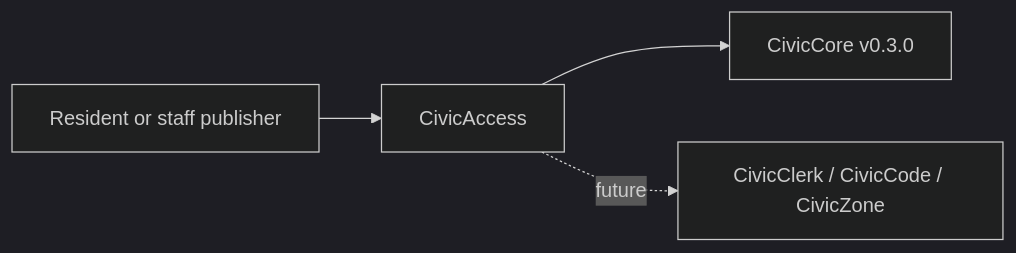
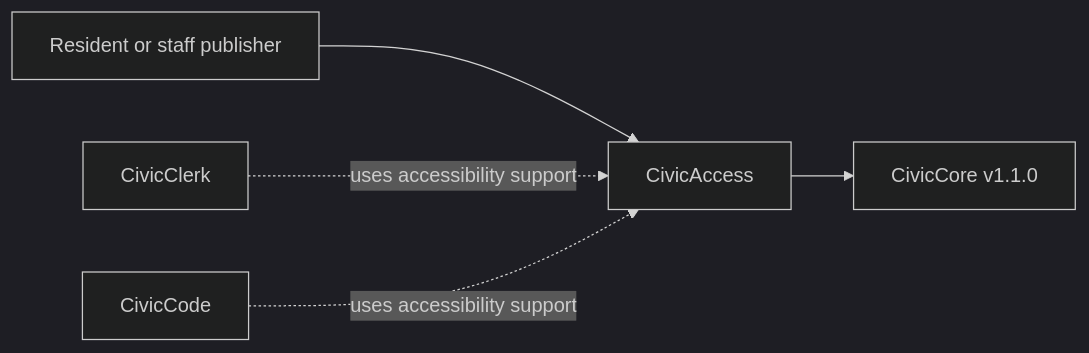
One commit to CivicSuite/civicaccess changed the diagram in USER-MANUAL.md. Above: the diagram before and after it, drawn with Mermaid (dark theme). The commit also changed other lines of this file and 37 other files, not shown here.

First line of the commit message:
feat: release CivicAccess v1 public-use support (#6)

````diff
--- a/USER-MANUAL.md
+++ b/USER-MANUAL.md
@@ -34,6 +38,7 @@
 ```mermaid
 flowchart LR
   PublicUser["Resident or staff publisher"] --> CivicAccess["CivicAccess"]
-CivicAccess --> CivicCore["CivicCore v0.3.0"]
-  CivicAccess -. future .-> Modules["CivicClerk / CivicCode / CivicZone"]
+  CivicAccess --> CivicCore["CivicCore v1.1.0"]
+  CivicClerk["CivicClerk"] -. uses accessibility support .-> CivicAccess
+  CivicCode["CivicCode"] -. uses accessibility support .-> CivicAccess
 ```
````
